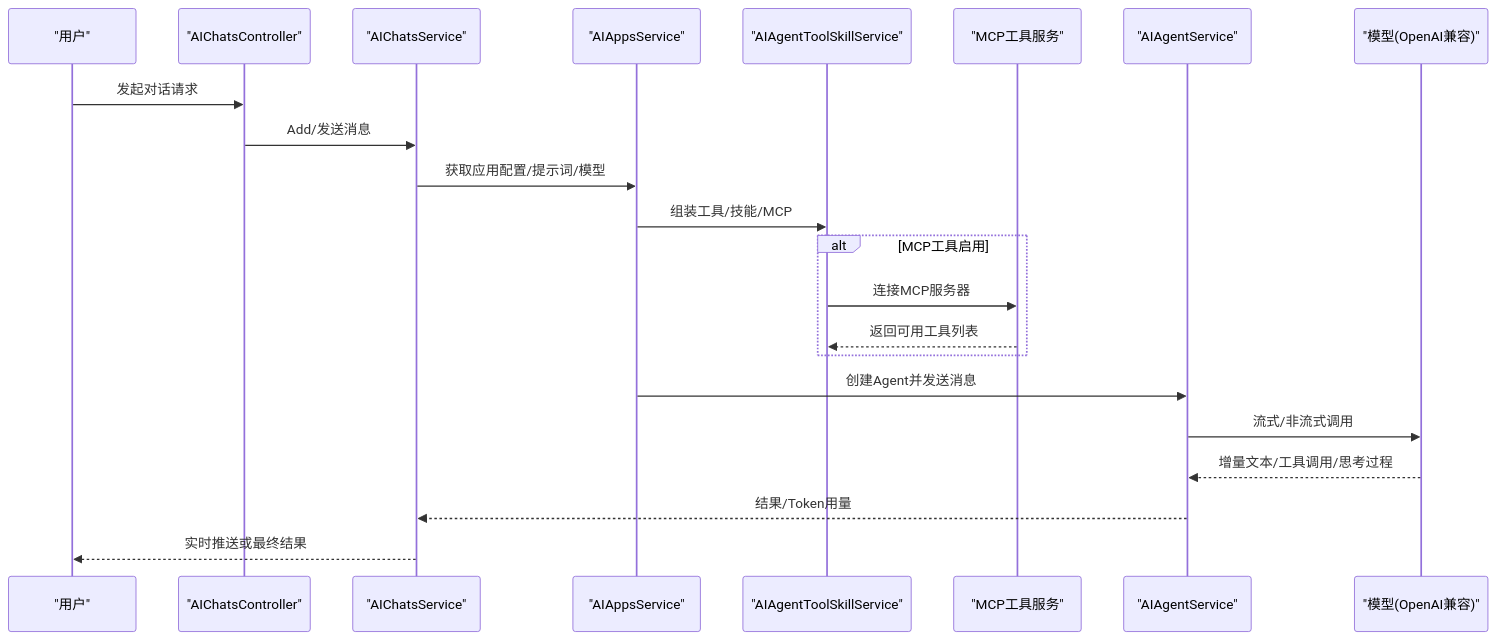
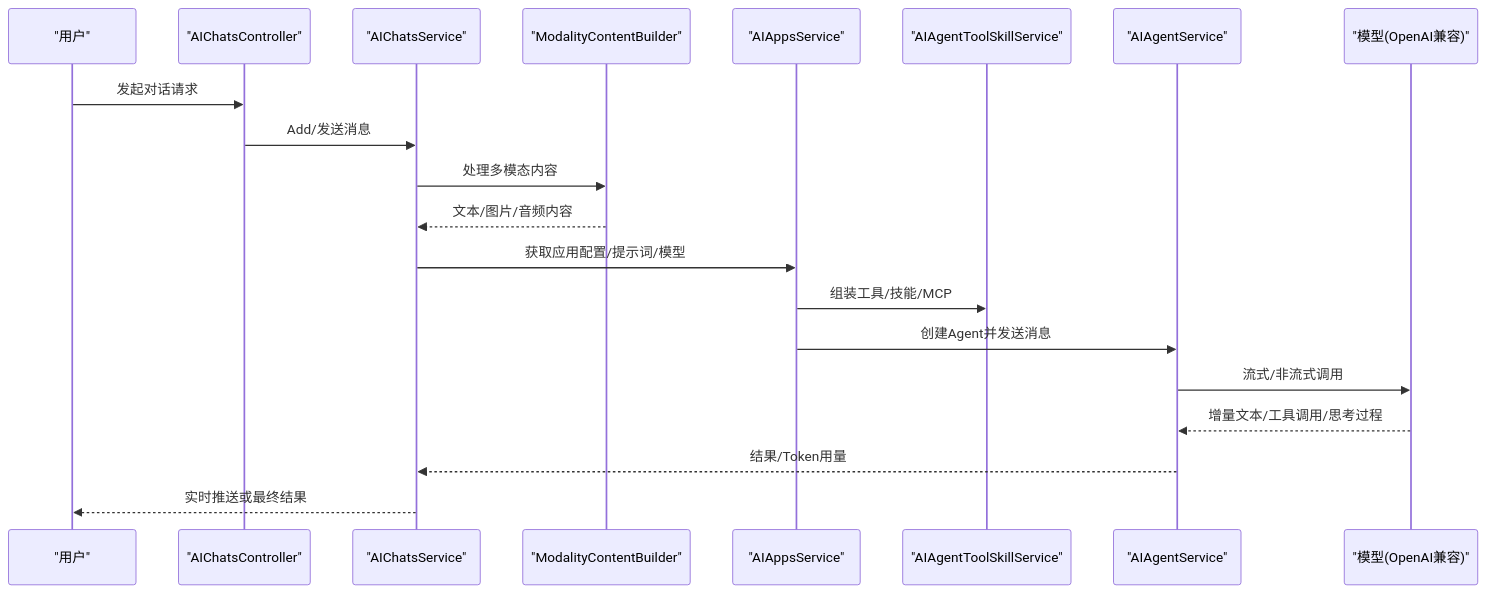
Before and after one commit to junkai-li/NetCoreKevin: the second of 13 diagrams in .qoder/repowiki/zh/content/核心模块/AI智能助手/AI智能助手.md, drawn with Mermaid. The commit also changed other lines of this file and 54 other files, not shown here.

````diff
--- a/.qoder/repowiki/zh/content/核心模块/AI智能助手/AI智能助手.md
+++ b/.qoder/repowiki/zh/content/核心模块/AI智能助手/AI智能助手.md
@@ -127,24 +142,22 @@
 ```mermaid
 sequenceDiagram
 participant U as "用户"
 participant C as "AIChatsController"
 participant S as "AIChatsService"
+participant MCB as "ModalityContentBuilder"
 participant A as "AIAppsService"
 participant T as "AIAgentToolSkillService"
-participant M as "MCP工具服务"
 participant G as "AIAgentService"
 participant Model as "模型(OpenAI兼容)"
 U->>C : 发起对话请求
 C->>S : Add/发送消息
+S->>MCB : 处理多模态内容
+MCB-->>S : 文本/图片/音频内容
 S->>A : 获取应用配置/提示词/模型
 A->>T : 组装工具/技能/MCP
-alt MCP工具启用
-T->>M : 连接MCP服务器
-M-->>T : 返回可用工具列表
-end
 A->>G : 创建Agent并发送消息
 G->>Model : 流式/非流式调用
 Model-->>G : 增量文本/工具调用/思考过程
 G-->>S : 结果/Token用量
 S-->>U : 实时推送或最终结果
 ```
````
